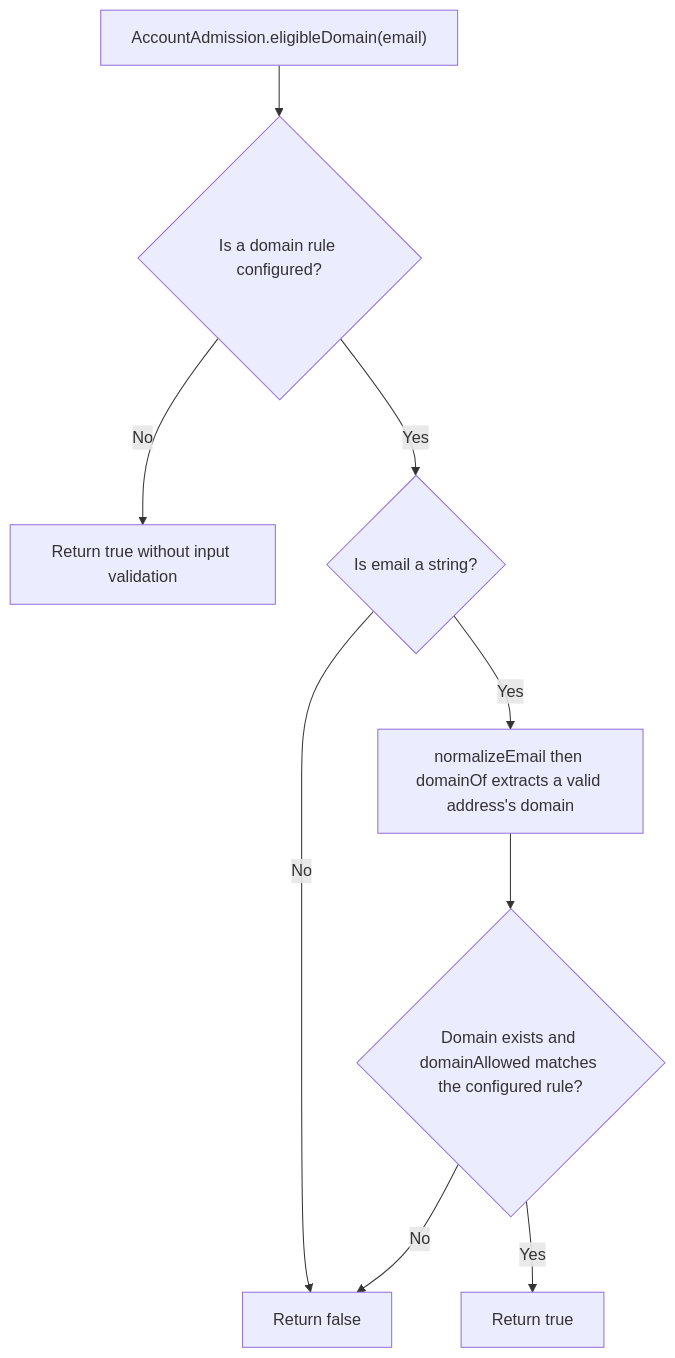
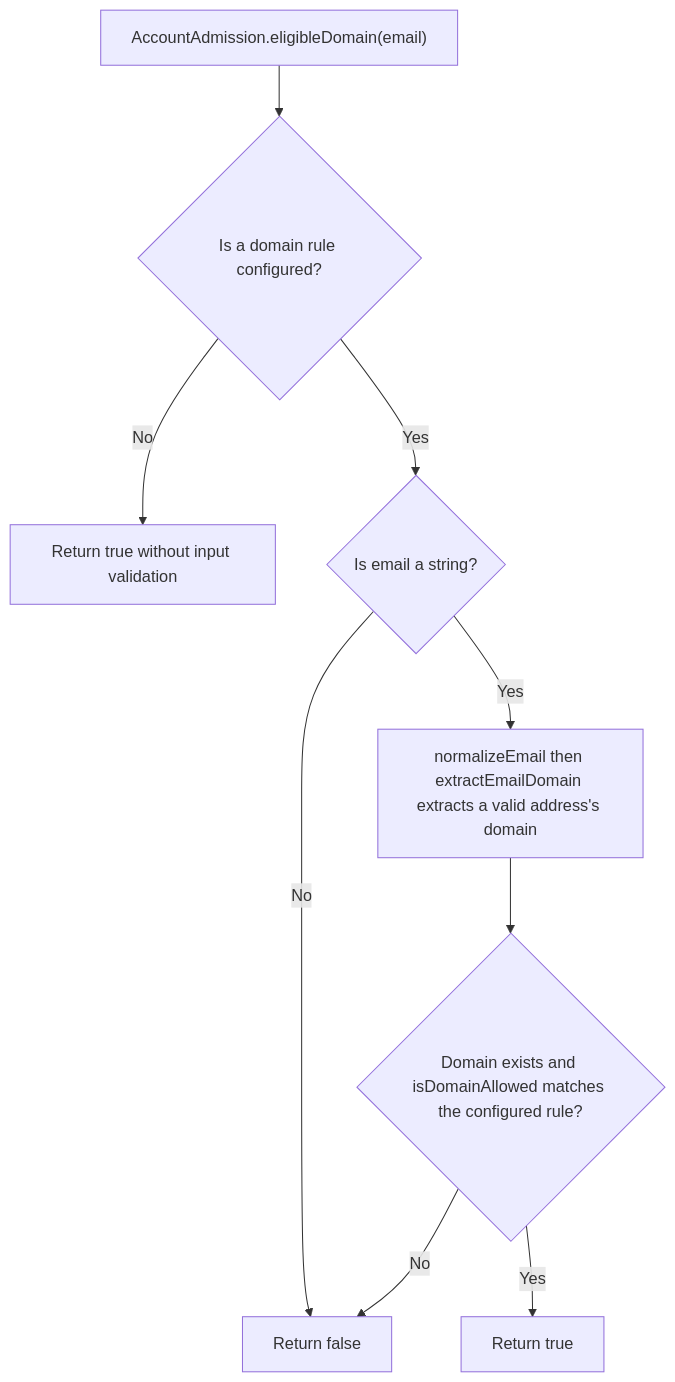
The second of 2 diagrams in user-stories/US-ACCOUNT-58-check-domain-eligibility.md (Kevinjohn/oss-adonisjs-account-kit), drawn with Mermaid before and after one commit. The commit also changed 29 other files, not shown here.

````diff
--- a/user-stories/US-ACCOUNT-58-check-domain-eligibility.md
+++ b/user-stories/US-ACCOUNT-58-check-domain-eligibility.md
@@ -31,11 +31,11 @@
 ```mermaid
 flowchart TD
  A["AccountAdmission.eligibleDomain(email)"] --> B{"Is a domain rule configured?"}
  B -->|No| C["Return true without input validation"]
  B -->|Yes| D{"Is email a string?"}
  D -->|No| F["Return false"]
- D -->|Yes| E["normalizeEmail then domainOf extracts a valid address's domain"]
- E --> H{"Domain exists and domainAllowed matches the configured rule?"}
+ D -->|Yes| E["normalizeEmail then extractEmailDomain extracts a valid address's domain"]
+ E --> H{"Domain exists and isDomainAllowed matches the configured rule?"}
  H -->|No| F
  H -->|Yes| G["Return true"]
 ```
````
